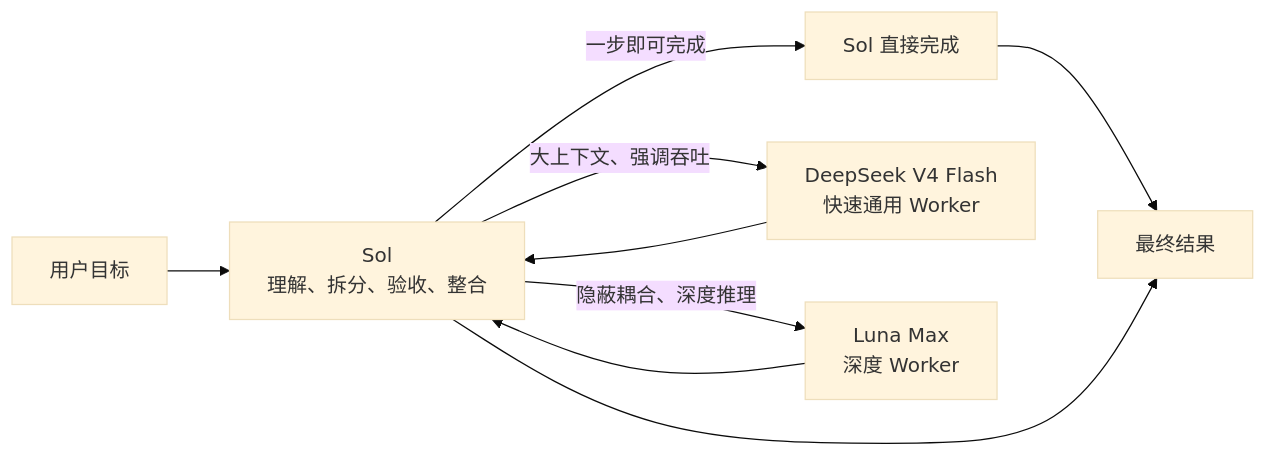
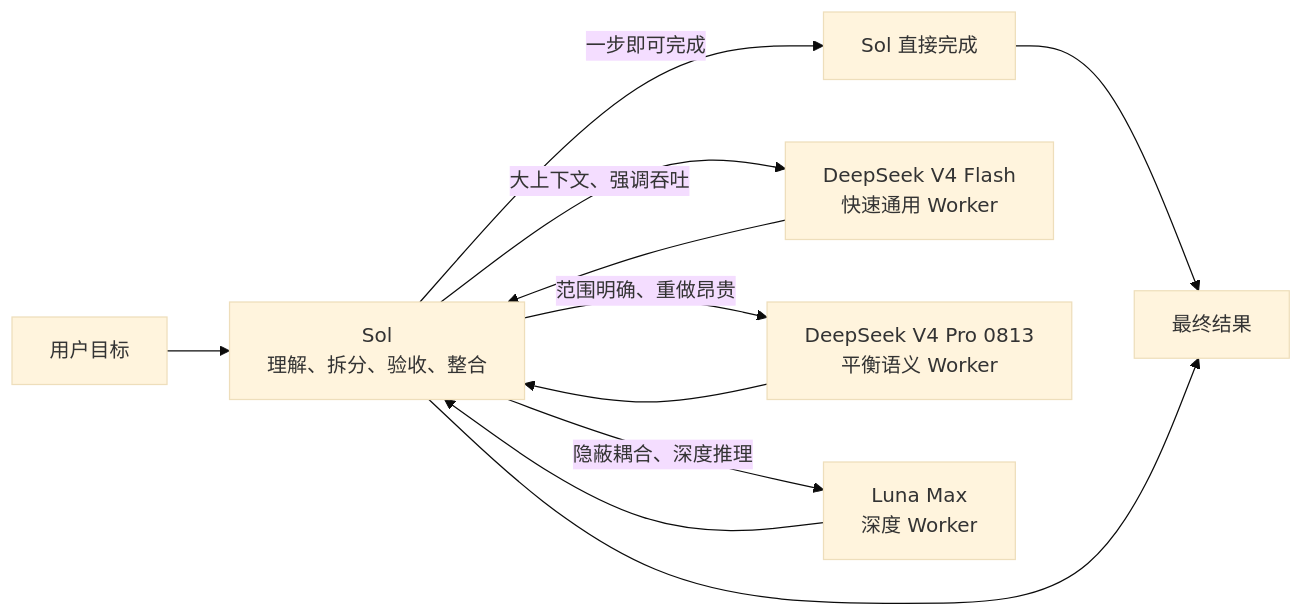
One commit to liuyejinghong/sol-worker-routing-codex changed the diagram in README.md. Above: the diagram before and after it, drawn with Mermaid (base theme). The commit also changed other lines of this file and 15 other files, not shown here.

First line of the commit message:
v0.8.0 Add balanced DeepSeek Pro worker lane

````diff
--- a/README.md
+++ b/README.md
@@ -49,11 +58,13 @@
 ```mermaid
 flowchart LR
     U["用户目标"] --> S["Sol<br/>理解、拆分、验收、整合"]
     S -->|"一步即可完成"| D["Sol 直接完成"]
     S -->|"大上下文、强调吞吐"| DS["DeepSeek V4 Flash<br/>快速通用 Worker"]
+    S -->|"范围明确、重做昂贵"| DP["DeepSeek V4 Pro 0813<br/>平衡语义 Worker"]
     S -->|"隐蔽耦合、深度推理"| L["Luna Max<br/>深度 Worker"]
     D --> O["最终结果"]
     DS --> S
+    DP --> S
     L --> S
     S --> O
 ```
````
